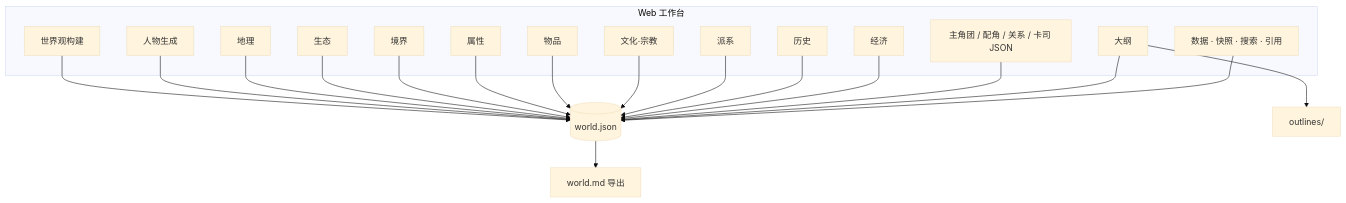
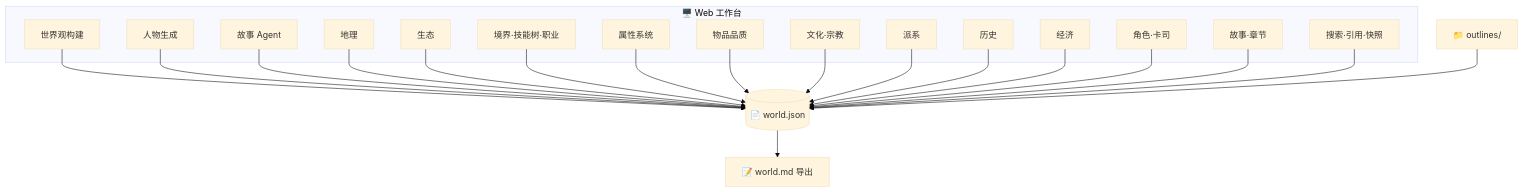
The third of 4 diagrams in README.md (Lucas-Wang-THU/Magic_Creater_World), drawn with Mermaid (base theme) before and after one commit. The commit also changed other lines of this file and 16 other files, not shown here.

````diff
--- a/README.md
+++ b/README.md
@@ -117,39 +200,41 @@
 ```mermaid
 flowchart TB
-  subgraph UI["Web 工作台"]
+  subgraph UI["🖥️ Web 工作台"]
     CHAT[世界观构建]
     CHARCHAT[人物生成]
+    STORYCHAT[故事 Agent]
     GEO[地理]
     ECO[生态]
-    POW[境界]
-    ATTR[属性]
-    ITEM[物品]
+    POW[境界·技能树·职业]
+    ATTR[属性系统]
+    ITEM[物品品质]
     CUL[文化·宗教]
     FAC[派系]
     HIS[历史]
     ECON[经济]
-    CH1[主角团 / 配角 / 关系 / 卡司 JSON]
-    OUT[大纲]
-    DATA[数据 · 快照 · 搜索 · 引用]
+    CHAR[角色·卡司]
+    STORY[故事·章节]
+    TOOLS[搜索·引用·快照]
   end
-  JSON[(world.json)]
-  MD[world.md 导出]
-  OL[outlines/]
+  JSON[(📄 world.json)]
+  MD[📝 world.md 导出]
+  OL[📁 outlines/]
 
   CHAT --> JSON
   CHARCHAT --> JSON
+  STORYCHAT --> JSON
   GEO --> JSON
   ECO --> JSON
   POW --> JSON
   ATTR --> JSON
   ITEM --> JSON
   CUL --> JSON
   FAC --> JSON
   HIS --> JSON
   ECON --> JSON
-  CH1 --> JSON
+  CHAR --> JSON
+  STORY --> JSON
   JSON --> MD
-  OUT --> OL
-  OUT --> JSON
-  DATA --> JSON
+  TOOLS --> JSON
+  OL --> JSON
 ```
````
